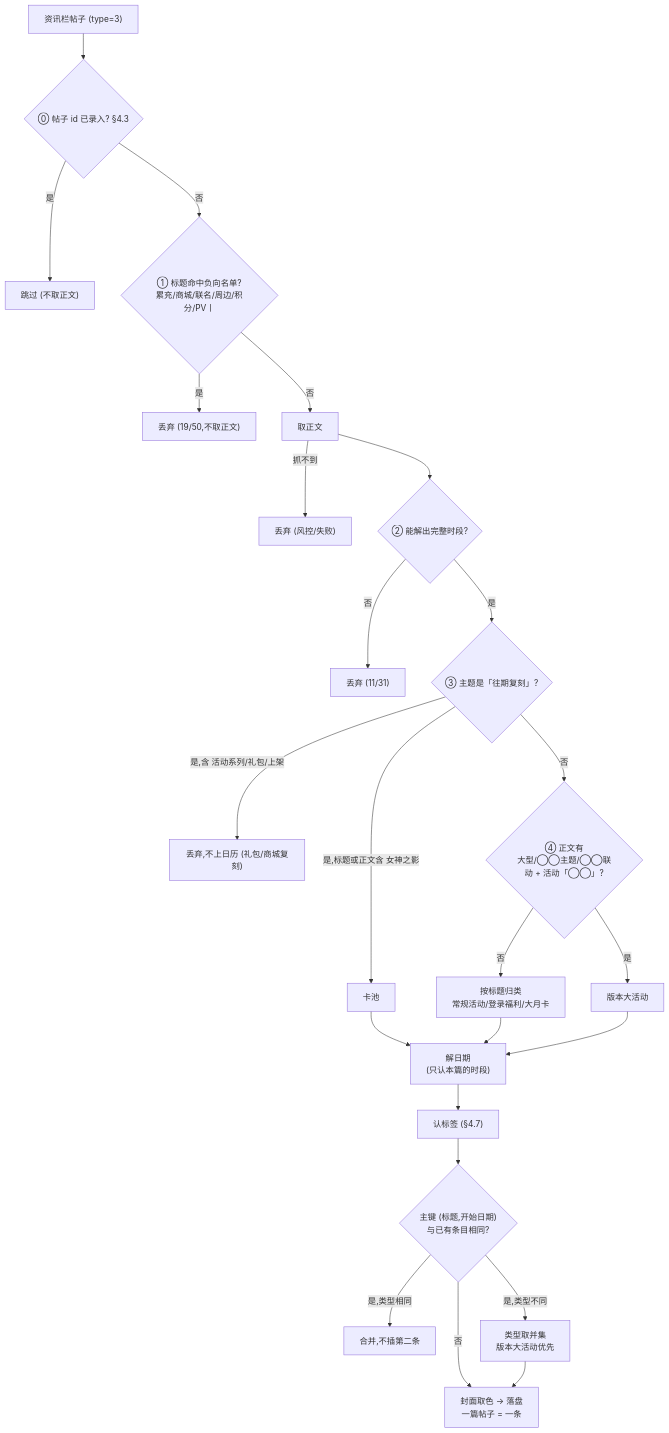
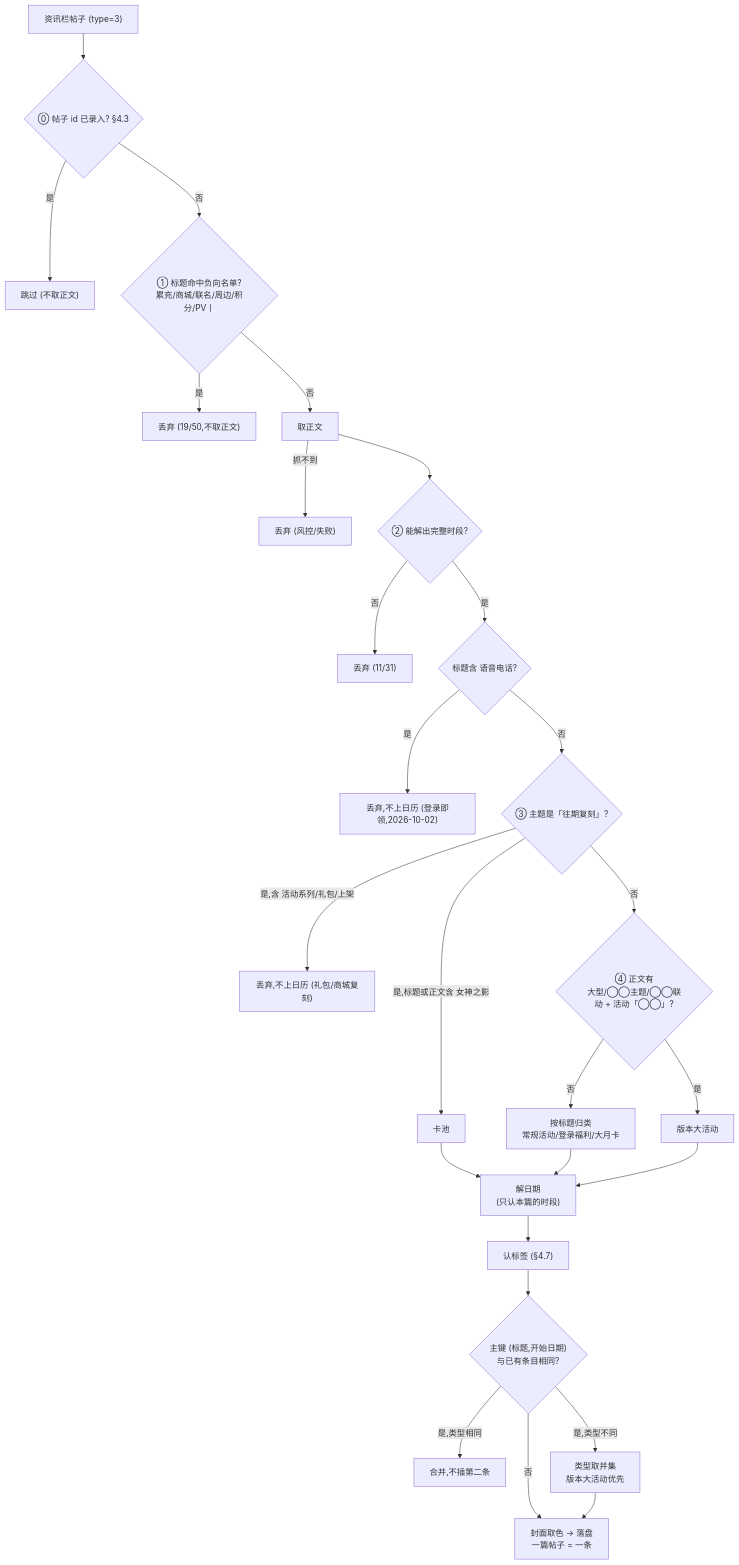
Before and after one commit to autummu2/HoyoCalendar: the fourth of 7 diagrams in tools/editor/themis/RULES.md, drawn with Mermaid. The commit also changed other lines of this file and 8 other files, not shown here.

````diff
--- a/tools/editor/themis/RULES.md
+++ b/tools/editor/themis/RULES.md
@@ -380,26 +399,28 @@
 ```mermaid
 flowchart TD
     A["资讯栏帖子 (type=3)"] --> A0{"⓪ 帖子 id 已录入? §4.3"}
     A0 -- 是 --> Z5["跳过 (不取正文)"]
     A0 -- 否 --> B{"① 标题命中负向名单?<br/>累充/商城/联名/周边/积分/PV丨"}
     B -- 是 --> Z1["丢弃 (19/50,不取正文)"]
     B -- 否 --> C["取正文"]
     C -- 抓不到 --> Z0["丢弃 (风控/失败)"]
     C --> D{"② 能解出完整时段?"}
     D -- 否 --> Z2["丢弃 (11/31)"]
-    D -- 是 --> E{"③ 主题是「往期复刻」?"}
+    D -- 是 --> D2{"标题含 语音电话?"}
+    D2 -- 是 --> Z6["丢弃,不上日历 (登录即领,2026-10-02)"]
+    D2 -- 否 --> E{"③ 主题是「往期复刻」?"}
     E -- 是,标题或正文含 女神之影 --> F1["卡池"]
     E -- 是,含 活动系列/礼包/上架 --> Z3["丢弃,不上日历 (礼包/商城复刻)"]
     E -- 否 --> E2{"④ 正文有<br/>大型/◯◯主题/◯◯联动 + 活动「◯◯」?"}
     E2 -- 是 --> F3["版本大活动"]
     E2 -- 否 --> F2["按标题归类<br/>常规活动/登录福利/大月卡"]
     F1 --> G["解日期<br/>(只认本篇的时段)"]
     F2 --> G
     F3 --> G
     G --> T["认标签 (§4.7)"]
     T --> H{"主键 (标题,开始日期)<br/>与已有条目相同?"}
     H -- 是,类型相同 --> Z4["合并,不插第二条"]
     H -- 是,类型不同 --> H2["类型取并集<br/>版本大活动优先"]
     H -- 否 --> I["封面取色 → 落盘<br/>一篇帖子 = 一条"]
     H2 --> I
 ```
````
